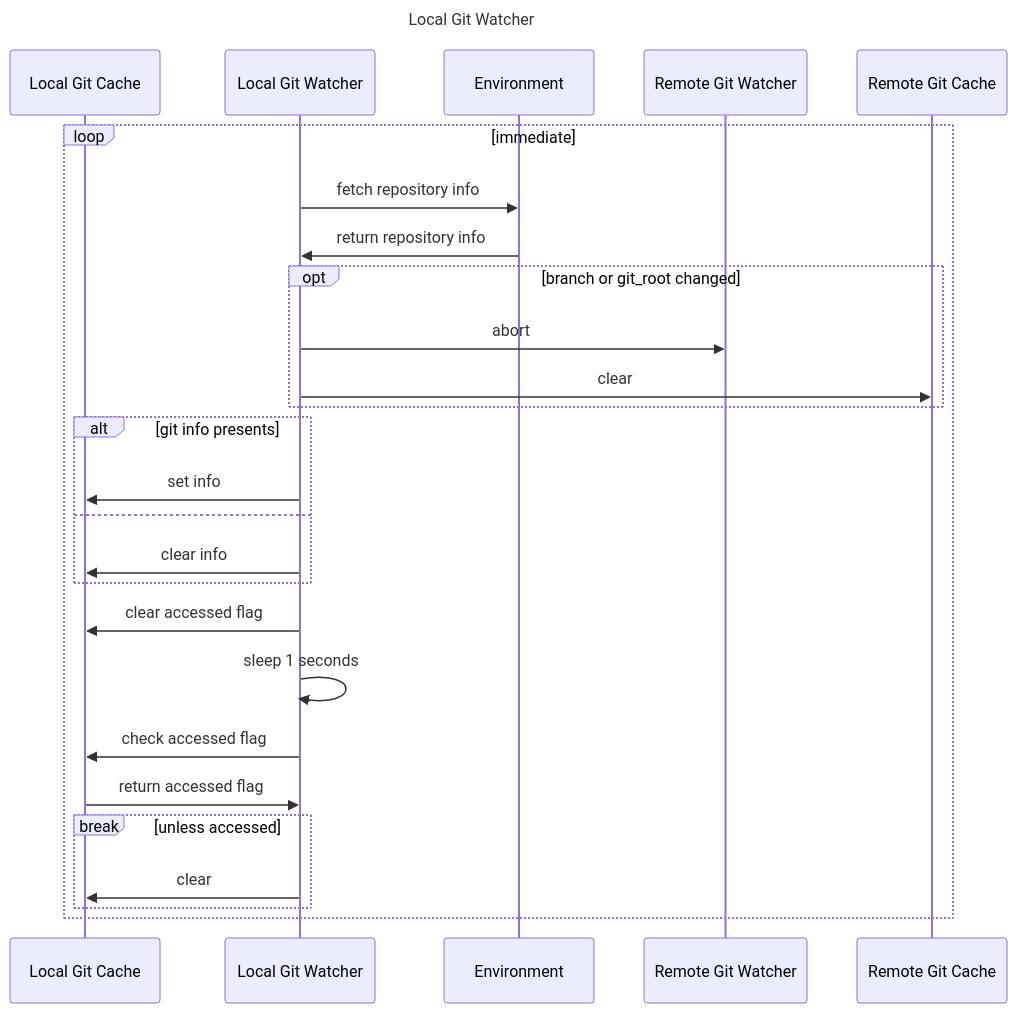
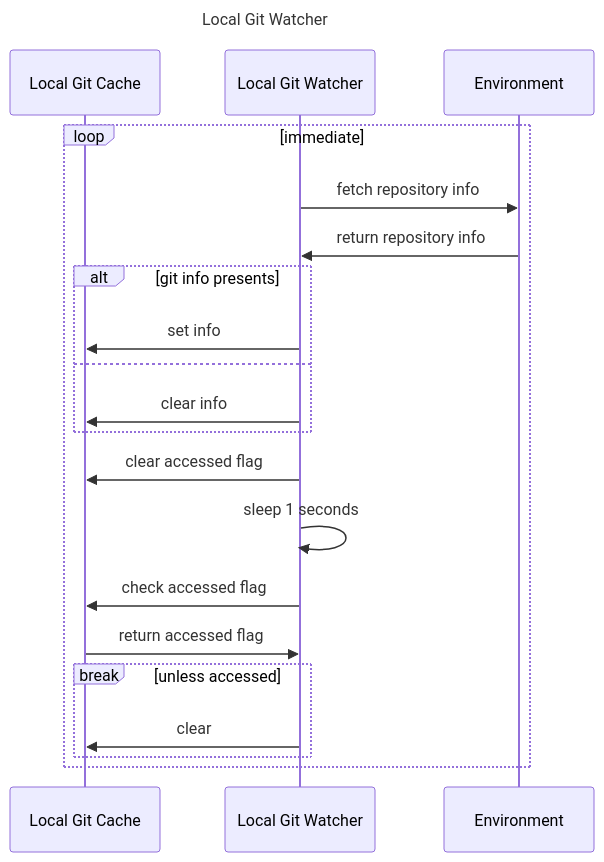
One commit to gitusp/gh-run-status.nvim changed the second of 3 diagrams in doc/sequence.md. Above: the diagram before and after it, drawn with Mermaid.

Commit message:
Update sequence

````diff
--- a/doc/sequence.md
+++ b/doc/sequence.md
@@ -33,29 +33,25 @@
 ```mermaid
 ---
 title: Local Git Watcher
 ---
 sequenceDiagram
     participant Local Git Cache
     participant Local Git Watcher
     participant Environment
     loop immediate
         Local Git Watcher->>Environment: fetch repository info
         Environment->>Local Git Watcher: return repository info
-        opt branch or git_root changed
-            Local Git Watcher->>Remote Git Watcher: abort
-            Local Git Watcher->>Remote Git Cache: clear
-        end
         alt git info presents
             Local Git Watcher->>Local Git Cache: set info
         else
             Local Git Watcher->>Local Git Cache: clear info
         end
         Local Git Watcher->>Local Git Cache: clear accessed flag
         Local Git Watcher->>Local Git Watcher: sleep 1 seconds
         Local Git Watcher->>Local Git Cache: check accessed flag
         Local Git Cache->>Local Git Watcher: return accessed flag
         break unless accessed
             Local Git Watcher->>Local Git Cache: clear
         end
     end
 ```
````
